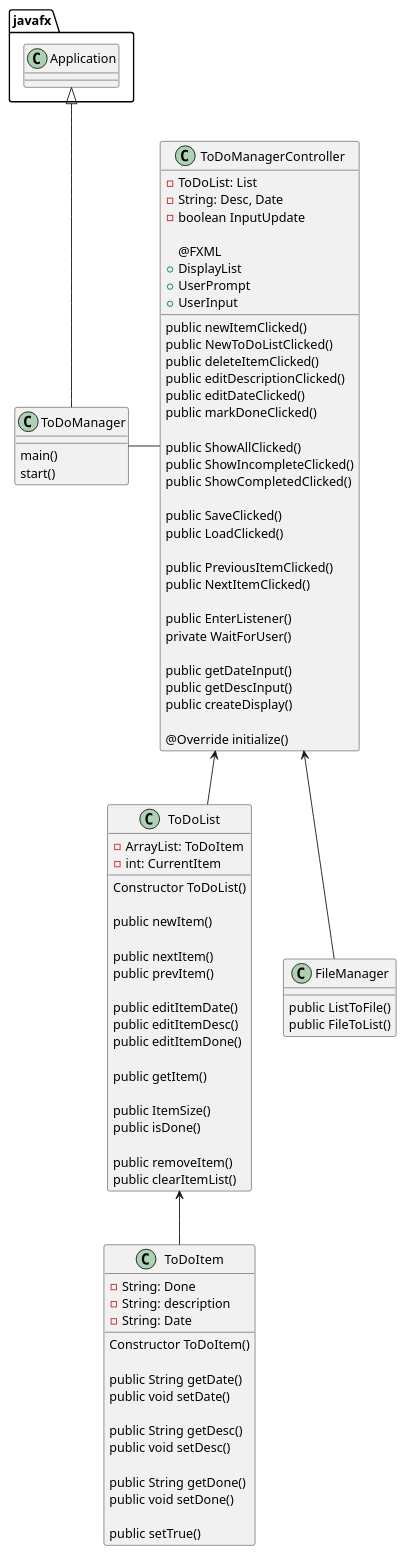
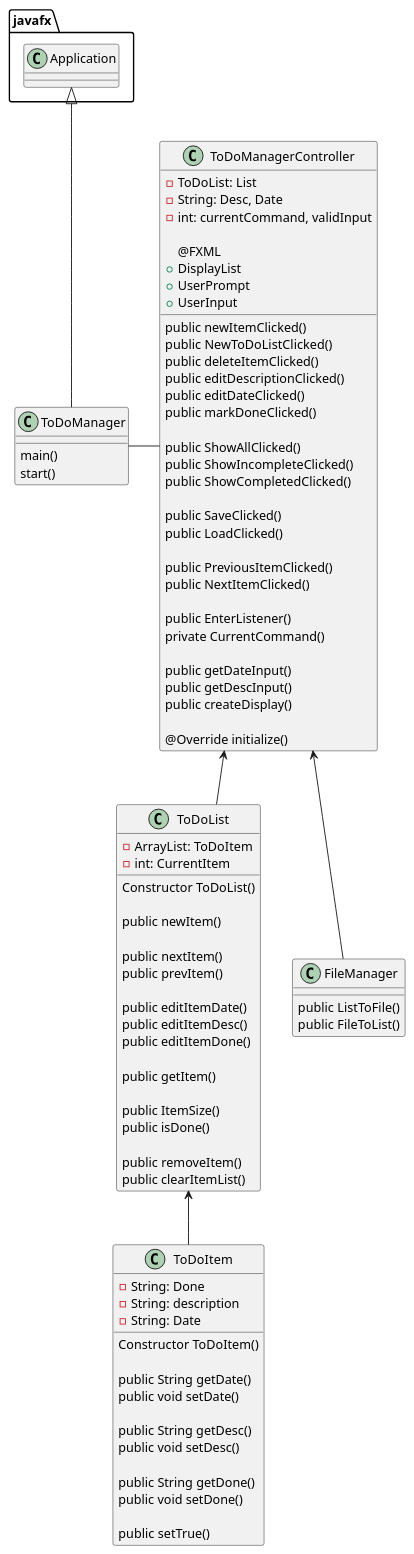
One commit to Chabs64/higgins-cop3330-assignment4part2 changed the diagram in UML/main.puml. Above: the diagram before and after it, drawn with PlantUML. The commit also changed 1 other file, not shown here.

```diff
--- a/UML/main.puml
+++ b/UML/main.puml
@@ -1,108 +1,108 @@
 @startuml
 'https://plantuml.com/sequence-diagram
 
 class ToDoManager
 {
     main()
     start()
 }
 
 javafx.Application <|-- ToDoManager
 
 class ToDoManagerController{
 
     - ToDoList: List
     - String: Desc, Date
-    - boolean InputUpdate
+    - int: currentCommand, validInput
 
     @FXML
     + DisplayList
     + UserPrompt
     + UserInput
 
     public newItemClicked()
     public NewToDoListClicked()
     public deleteItemClicked()
     public editDescriptionClicked()
     public editDateClicked()
     public markDoneClicked()
 
     public ShowAllClicked()
     public ShowIncompleteClicked()
     public ShowCompletedClicked()
 
     public SaveClicked()
     public LoadClicked()
 
     public PreviousItemClicked()
     public NextItemClicked()
 
     public EnterListener()
-    private WaitForUser()
+    private CurrentCommand()
 
     public getDateInput()
     public getDescInput()
     public createDisplay()
 
     @Override initialize()
 }
 
 ToDoManager - ToDoManagerController
 ToDoManagerController <-- ToDoList
 
 class ToDoList
 {
     - ArrayList: ToDoItem
     - int: CurrentItem
 
     Constructor ToDoList()
 
     public newItem()
 
     public nextItem()
     public prevItem()
 
     public editItemDate()
     public editItemDesc()
     public editItemDone()
 
     public getItem()
 
     public ItemSize()
     public isDone()
 
     public removeItem()
     public clearItemList()
 }
 
 class ToDoItem
 {
 
     - String: Done
     - String: description
     - String: Date
 
     Constructor ToDoItem()
 
     public String getDate()
     public void setDate()
 
     public String getDesc()
     public void setDesc()
 
     public String getDone()
     public void setDone()
 
     public setTrue()
 }
 ToDoList <-- ToDoItem
 
 class FileManager
 {
     public ListToFile()
     public FileToList()
 }
 
 ToDoManagerController <-- FileManager
 
 @enduml
```
